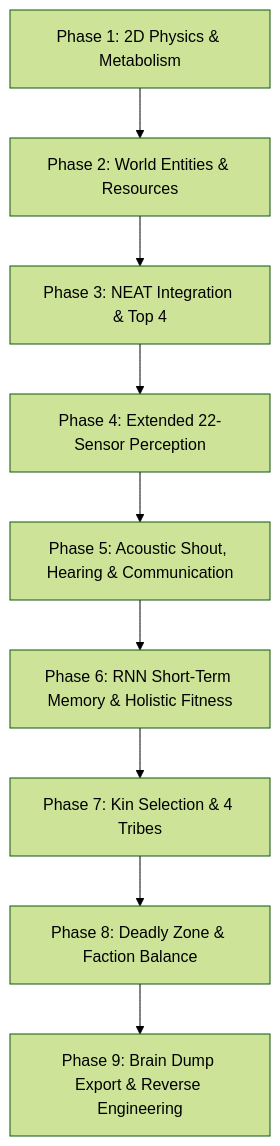
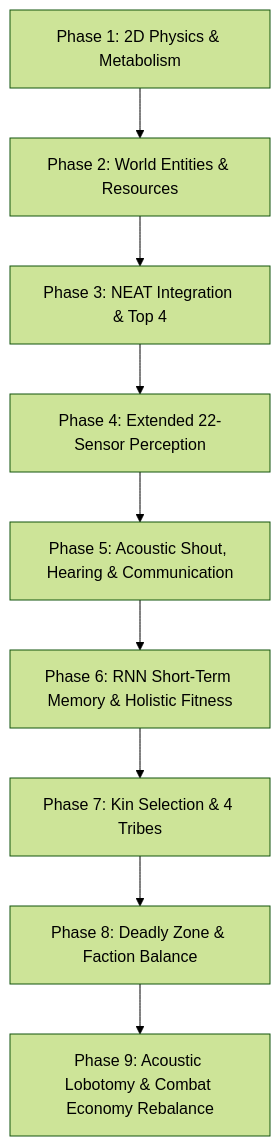
Before and after one commit to dawidnaessie/AgentReinforcementLearning: the diagram in docs/documentation.md, drawn with Mermaid (forest theme). The commit also changed other lines of this file and 8 other files, not shown here.

Commit message:
Implemented Phase 9 - Acoustic Lobotomy & Combat Economy Rebalance

````diff
--- a/docs/documentation.md
+++ b/docs/documentation.md
@@ -26,11 +26,11 @@
 ```mermaid
 graph TD
     P1["Phase 1: 2D Physics & Metabolism"] --> P2["Phase 2: World Entities & Resources"]
     P2 --> P3["Phase 3: NEAT Integration & Top 4"]
     P3 --> P4["Phase 4: Extended 22-Sensor Perception"]
     P4 --> P5["Phase 5: Acoustic Shout, Hearing & Communication"]
     P5 --> P6["Phase 6: RNN Short-Term Memory & Holistic Fitness"]
     P6 --> P7["Phase 7: Kin Selection & 4 Tribes"]
     P7 --> P8["Phase 8: Deadly Zone & Faction Balance"]
-    P8 --> P9["Phase 9: Brain Dump Export & Reverse Engineering"]
+    P8 --> P9["Phase 9: Acoustic Lobotomy & Combat Economy Rebalance"]
 ```
````
